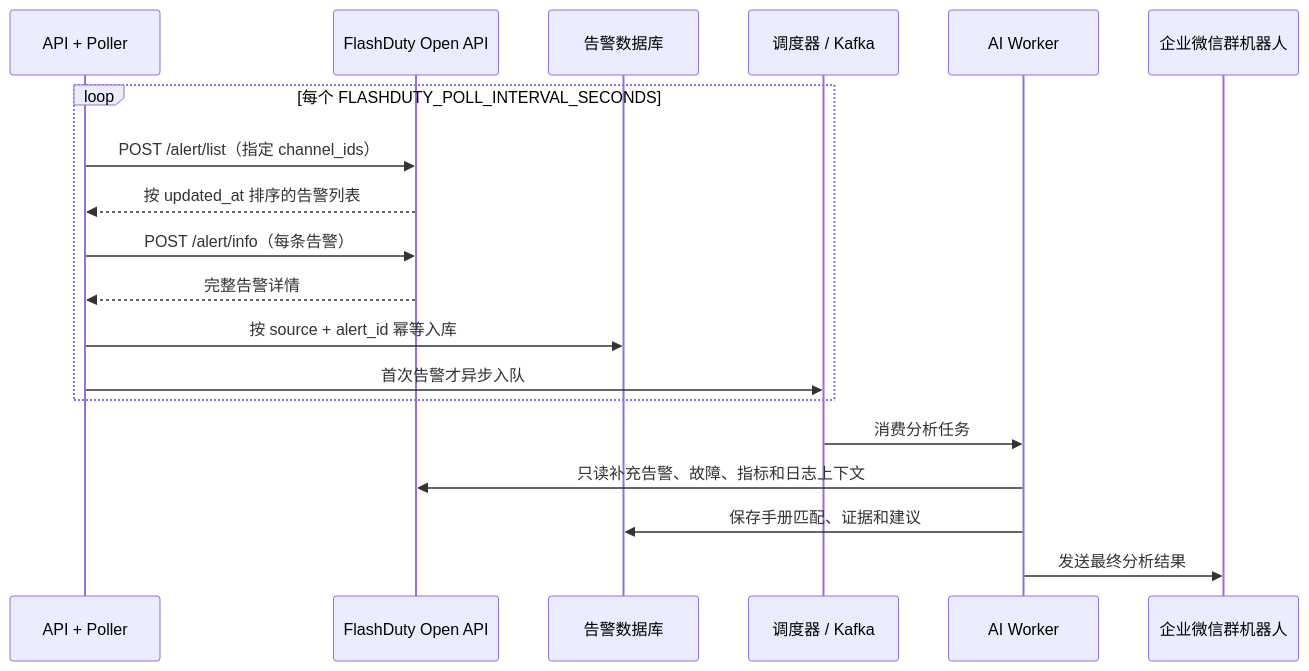
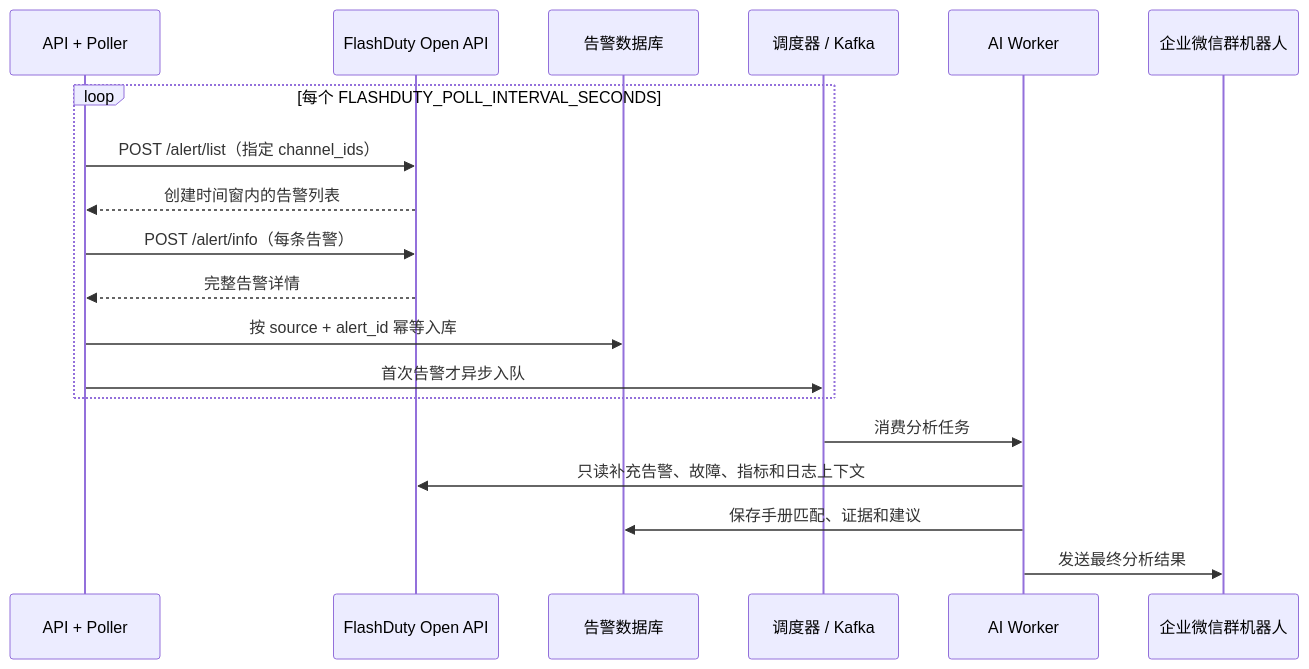
Before and after one commit to 180cmchn/Database-Alert-Agent: the diagram in docs/flashduty-polling/README.md, drawn with Mermaid. The commit also changed other lines of this file and 11 other files, not shown here.

````diff
--- a/docs/flashduty-polling/README.md
+++ b/docs/flashduty-polling/README.md
@@ -7,22 +7,22 @@
 ```mermaid
 sequenceDiagram
     participant API as API + Poller
     participant FD as FlashDuty Open API
     participant DB as 告警数据库
     participant Q as 调度器 / Kafka
     participant W as AI Worker
     participant WC as 企业微信群机器人
 
     loop 每个 FLASHDUTY_POLL_INTERVAL_SECONDS
         API->>FD: POST /alert/list（指定 channel_ids）
-        FD-->>API: 按 updated_at 排序的告警列表
+        FD-->>API: 创建时间窗内的告警列表
         API->>FD: POST /alert/info（每条告警）
         FD-->>API: 完整告警详情
         API->>DB: 按 source + alert_id 幂等入库
         API->>Q: 首次告警才异步入队
     end
     Q->>W: 消费分析任务
     W->>FD: 只读补充告警、故障、指标和日志上下文
     W->>DB: 保存手册匹配、证据和建议
     W->>WC: 发送最终分析结果
 ```
````
